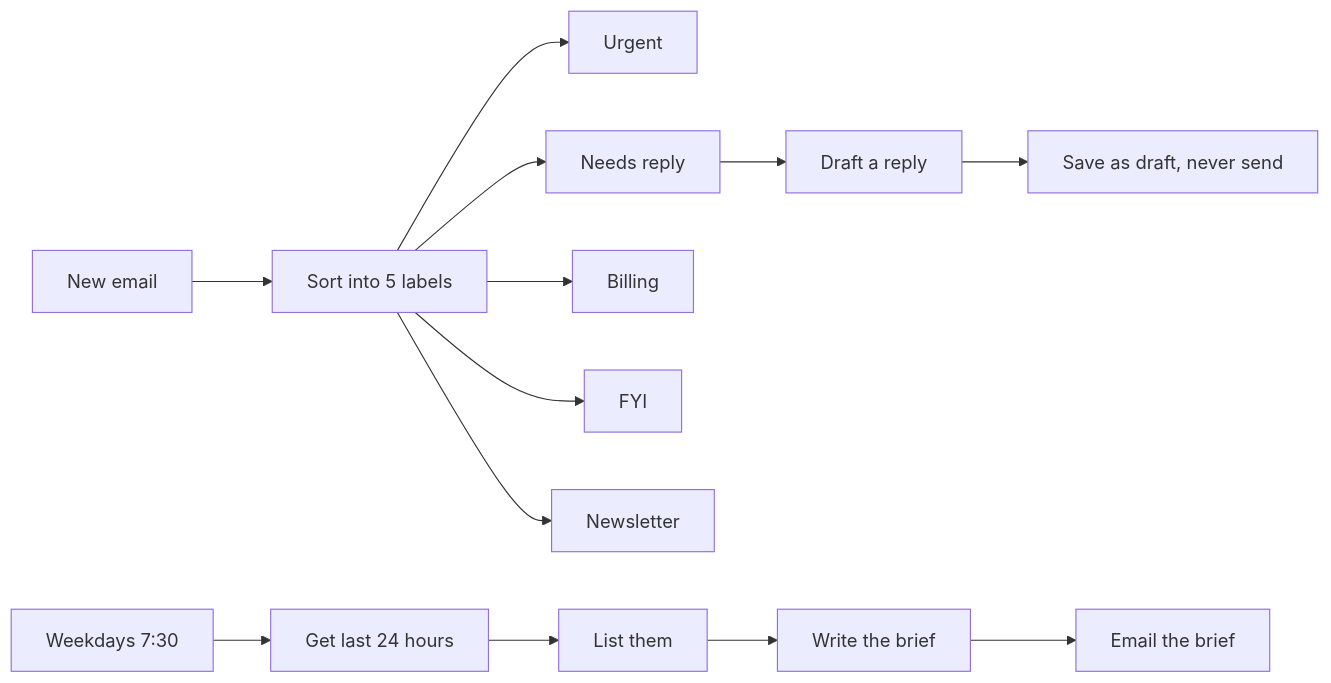
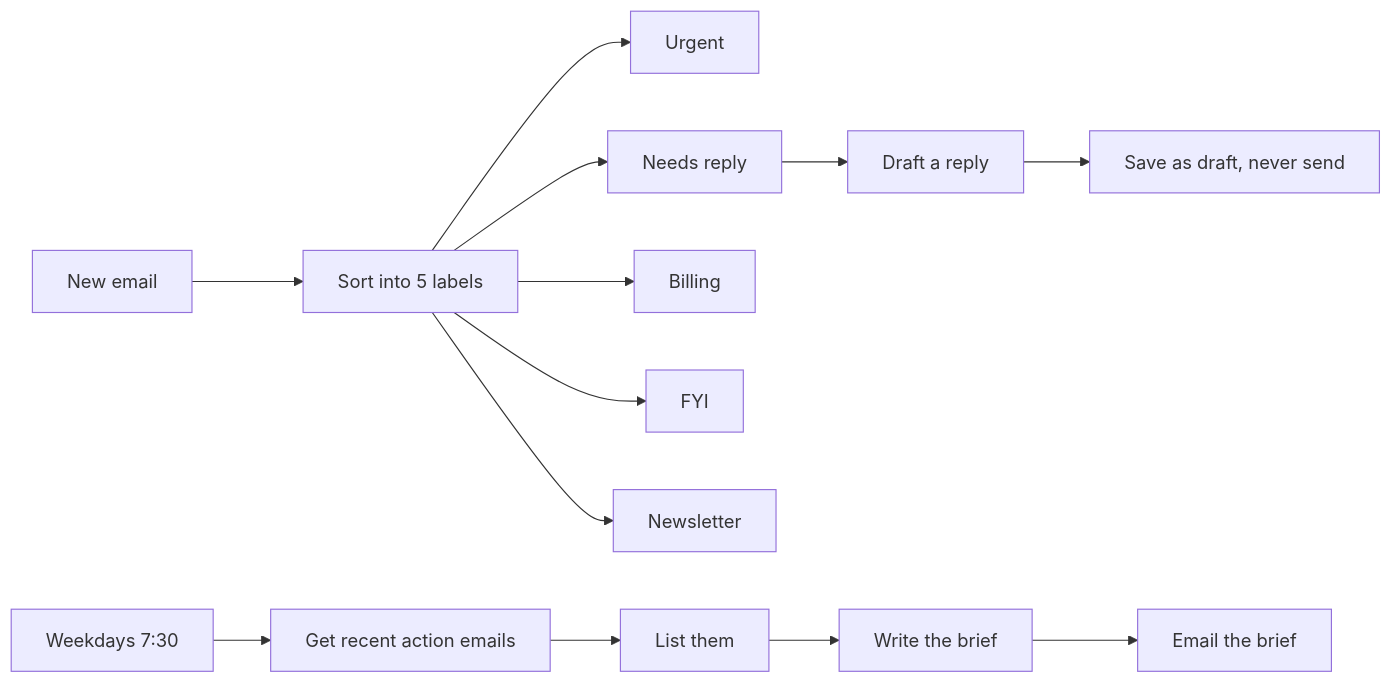
The diagram in workflows/inbox-triage-daily-brief/README.md (tinceus/ciarramazaredo), drawn with Mermaid before and after one commit. The commit also changed other lines of this file and 63 other files, not shown here.

````diff
--- a/workflows/inbox-triage-daily-brief/README.md
+++ b/workflows/inbox-triage-daily-brief/README.md
@@ -9,7 +9,7 @@
 ```mermaid
 flowchart LR
   A[New email] --> B[Sort into 5 labels]
   B --> U[Urgent] & R[Needs reply] & P[Billing] & F[FYI] & N[Newsletter]
   R --> D[Draft a reply] --> S[Save as draft, never send]
-  T[Weekdays 7:30] --> G[Get last 24 hours] --> L[List them] --> W[Write the brief] --> M[Email the brief]
+  T[Weekdays 7:30] --> G[Get recent action emails] --> L[List them] --> W[Write the brief] --> M[Email the brief]
 ```
````
